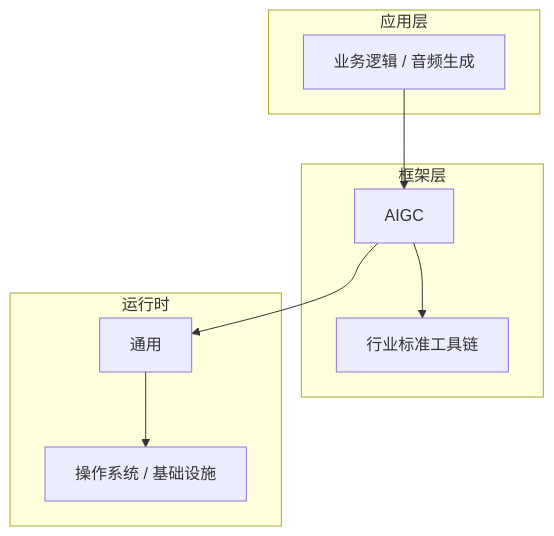
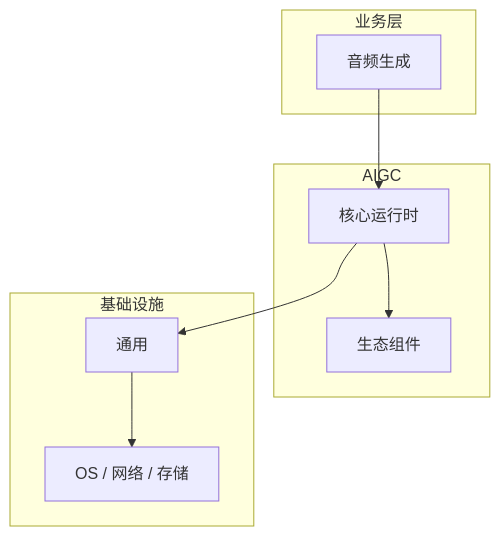
Before and after one commit to yanggan2015/knowledge-json-v2: the diagram in articles/AIGC/chapters/050-音频生成核心概念与原理.md, drawn with Mermaid. The commit also changed other lines of this file and 10127 other files, not shown here.

````diff
--- a/articles/AIGC/chapters/050-音频生成核心概念与原理.md
+++ b/articles/AIGC/chapters/050-音频生成核心概念与原理.md
@@ -45,18 +30,18 @@
 ```mermaid
 graph TB
-    subgraph 应用层
-        A[业务逻辑 / 音频生成]
+    subgraph 业务层
+        A[音频生成]
     end
-    subgraph 框架层
-        B[AIGC]
-        C[行业标准工具链]
+    subgraph AIGC
+        B[核心运行时]
+        C[生态组件]
     end
-    subgraph 运行时
+    subgraph 基础设施
         D[通用]
-        E[操作系统 / 基础设施]
+        E[OS / 网络 / 存储]
     end
     A --> B
     B --> C
     B --> D
     D --> E
 ```
````
